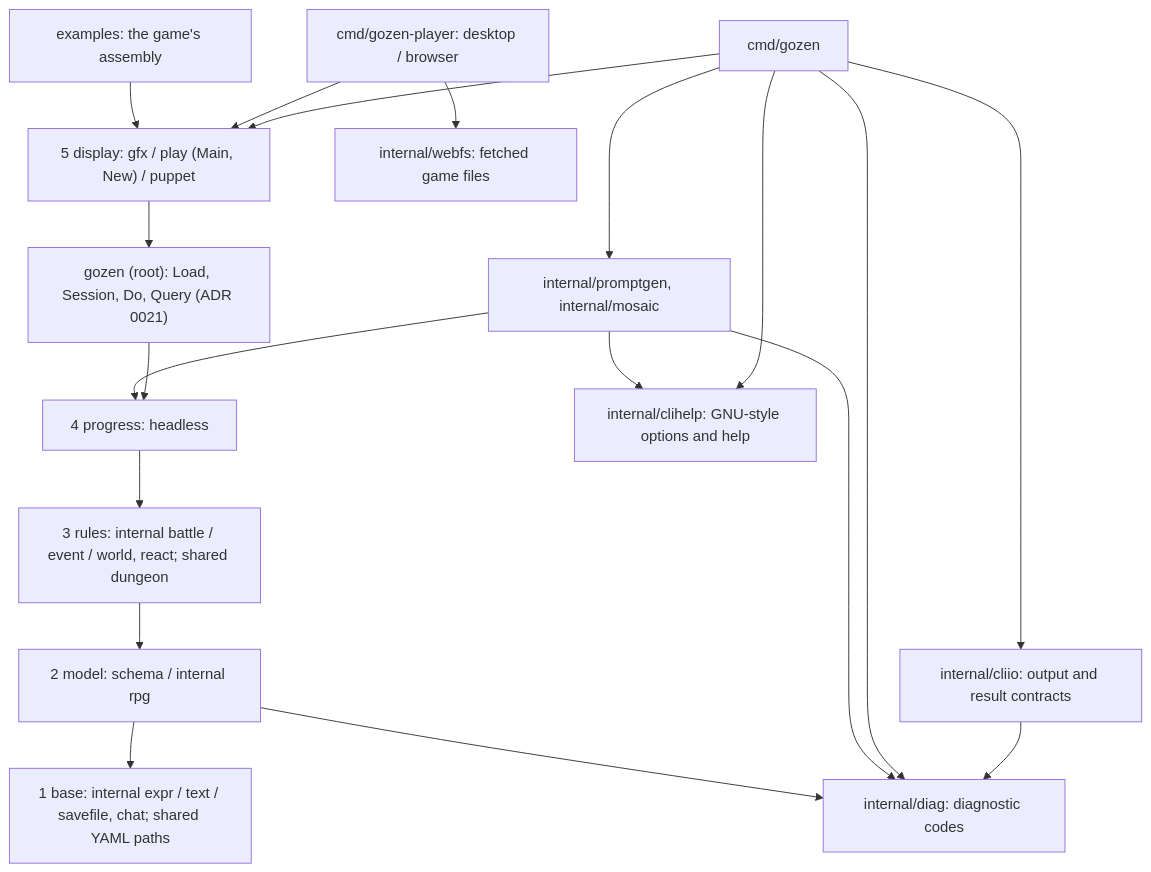
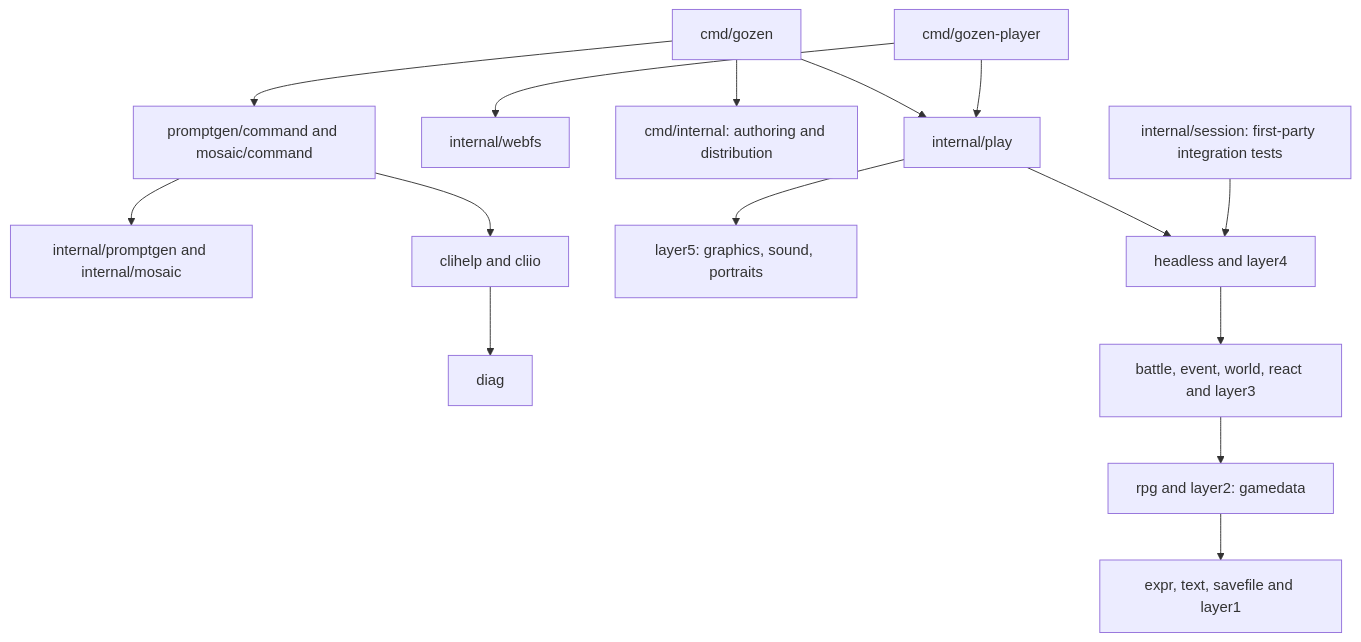
One commit to nao1215/gozen changed the diagram in docs/architecture/overview.md. Above: the diagram before and after it, drawn with Mermaid. The commit also changed other lines of this file and 294 other files, not shown here.

````diff
--- a/docs/architecture/overview.md
+++ b/docs/architecture/overview.md
@@ -13,22 +5,17 @@
 ```mermaid
-flowchart TB
-  L5["5 display: gfx / play (Main, New) / puppet"]
-  L5 --> R["gozen (root): Load, Session, Do, Query (ADR 0021)"]
-  R --> L4["4 progress: headless"]
-  L4 --> L3["3 rules: internal battle / event / world, react; shared dungeon"]
-  L3 --> L2["2 model: schema / internal rpg"]
-  L2 --> L1["1 base: internal expr / text / savefile, chat; shared YAML paths"]
-  CLI["cmd/gozen"] --> L5
-  Player["cmd/gozen-player: desktop / browser"] --> L5
-  Player --> WebFS["internal/webfs: fetched game files"]
-  CLI --> Private["internal/promptgen, internal/mosaic"]
-  Private --> L4
-  CLI --> Help["internal/clihelp: GNU-style options and help"]
-  Private --> Help
-  CLI --> Output["internal/cliio: output and result contracts"]
-  Output --> Diag
-  CLI --> Diag["internal/diag: diagnostic codes"]
-  Private --> Diag
-  L2 --> Diag
-  Example["examples: the game's assembly"] --> L5
+flowchart TD
+  CLI[cmd/gozen] --> Play[internal/play]
+  Player[cmd/gozen-player] --> Play
+  Player --> WebFS[internal/webfs]
+  CLI --> Tools[cmd/internal: authoring and distribution]
+  CLI --> Adapters[promptgen/command and mosaic/command]
+  Adapters --> Domain[internal/promptgen and internal/mosaic]
+  Adapters --> IO[clihelp and cliio]
+  IO --> Diag[diag]
+  Play --> Display[layer5: graphics, sound, portraits]
+  Play --> Progress[headless and layer4]
+  Session[internal/session: first-party integration tests] --> Progress
+  Progress --> Rules[battle, event, world, react and layer3]
+  Rules --> Model[rpg and layer2: gamedata]
+  Model --> Base[expr, text, savefile and layer1]
 ```
````
